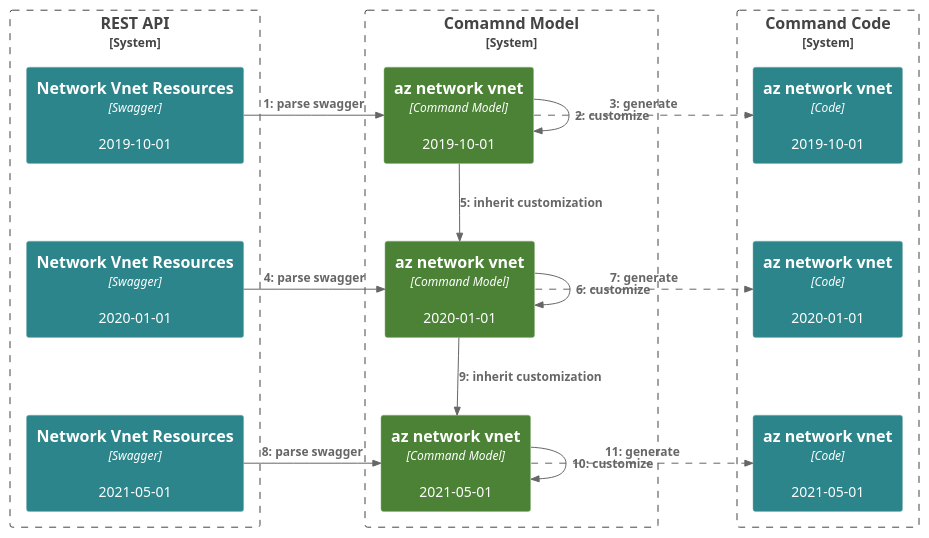
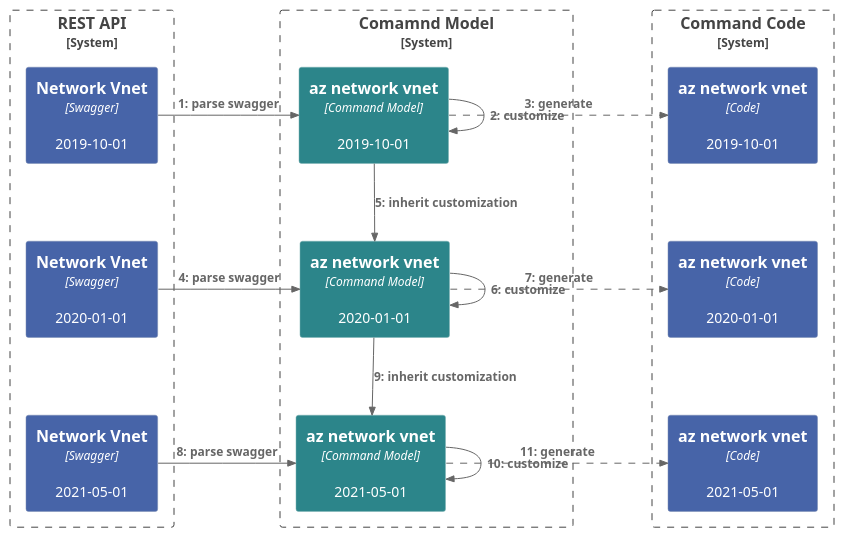
Before and after one commit to Azure/aaz-dev-tools: the diagram in src/aaz_dev/docs/Docs/diagrams/src/cross_version.puml, drawn with PlantUML. The commit also changed 4 other files, not shown here.

Commit message:
update diagram

```diff
--- a/src/aaz_dev/docs/Docs/diagrams/src/cross_version.puml
+++ b/src/aaz_dev/docs/Docs/diagrams/src/cross_version.puml
@@ -1,54 +1,53 @@
-@startuml multi-api_1
+@startuml multi-api-versions
 !include https://raw.githubusercontent.com/plantuml-stdlib/C4-PlantUML/master/C4_Dynamic.puml
 HIDE_STEREOTYPE()
 
-AddElementTag("swagger", $bgColor="#2c858a", $borderColor="#7bb0b3")
-AddElementTag("config", $bgColor="#4b8235", $borderColor="#8bb37b",)
-AddElementTag("command", $bgColor="#2c858a", $borderColor="#7bb0b3",)
-
+AddElementTag("swagger", $bgColor="#4764a8", $borderColor="#798ab0")
+AddElementTag("config", $bgColor="#2c858a", $borderColor="#7bb0b3",)
+AddElementTag("command", $bgColor="#4764a8", $borderColor="#798ab0",)
 
 AddRelTag("output", $lineStyle = DashedLine())
-
+AddElementTag("Boundary", $bgColor="#f0f0f0")
 
 System_Boundary(swagger, "REST API") {
-    Container(apiV1, "Network Vnet Resources", "Swagger", "2019-10-01", $tags="swagger")
-    Container(apiV2, "Network Vnet Resources", "Swagger", "2020-01-01", $tags="swagger")
-    Container(apiV3, "Network Vnet Resources", "Swagger", "2021-05-01", $tags="swagger")
+    Container(apiV1, "Network Vnet", "Swagger", "2019-10-01", $tags="swagger")
+    Container(apiV2, "Network Vnet", "Swagger", "2020-01-01", $tags="swagger")
+    Container(apiV3, "Network Vnet", "Swagger", "2021-05-01", $tags="swagger")
 }
 
 Lay_D(apiV1, apiV2)
 Lay_D(apiV2, apiV3)
 
 System_Boundary(command_configs, "Comamnd Model") {
     Container(configV1, "az network vnet", "Command Model", "2019-10-01", $tags="config")
     Container(configV2, "az network vnet", "Command Model", "2020-01-01", $tags="config")
     Container(configV3, "az network vnet", "Command Model", "2021-05-01", $tags="config")
 }
 
 Lay_D(configV1, configV2)
 Lay_D(configV2, configV3)
 
 System_Boundary(azure_cli, "Command Code") {
     Container(commandV1, "az network vnet", "Code", "2019-10-01", $tags="command")
     Container(commandV2, "az network vnet", "Code", "2020-01-01", $tags="command")
     Container(commandV3, "az network vnet", "Code", "2021-05-01", $tags="command")
 }
 
 Lay_D(commandV1, commandV2)
 Lay_D(commandV2, commandV3)
 
 Rel_R(apiV1, configV1, "parse swagger")
 Rel(configV1, configV1, "customize")
 Rel_R(configV1, commandV1, "generate", $tags="output")
 
 Rel_R(apiV2, configV2, "parse swagger")
 Rel_D(configV1, configV2, "inherit customization")
 Rel(configV2, configV2, "customize")
 Rel_R(configV2, commandV2, "generate", $tags="output")
 
 Rel_R(apiV3, configV3, "parse swagger")
 Rel_D(configV2, configV3, "inherit customization")
 Rel(configV3, configV3, "customize")
 Rel_R(configV3, commandV3, "generate", $tags="output")
 
 @enduml
```
